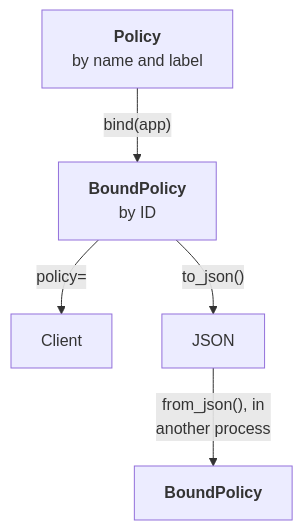
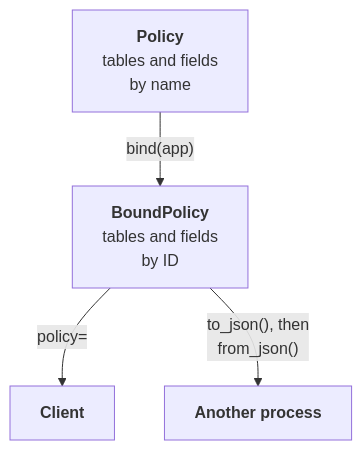
The second of 2 diagrams in docs/policies/index.md (matthew-williams-solutions/pyquickbase), drawn with Mermaid before and after one commit. The commit also changed other lines of this file and 8 other files, not shown here.

First line of the commit message:
Simplify the docs diagrams, and add overviews of how a policy works

````diff
--- a/docs/policies/index.md
+++ b/docs/policies/index.md
@@ -38,7 +47,6 @@
 ```mermaid
 flowchart TD
-    P["<b>Policy</b><br/>by name and label"] -- "bind(app)" --> B["<b>BoundPolicy</b><br/>by ID"]
-    B -- "policy=" --> C[Client]
-    B -- "to_json()" --> J[JSON]
-    J -- "from_json(), in<br/>another process" --> B2["<b>BoundPolicy</b>"]
+    P["<b>Policy</b><br/>tables and fields<br/>by name"] -- "bind(app)" --> B["<b>BoundPolicy</b><br/>tables and fields<br/>by ID"]
+    B -- "policy=" --> C["<b>Client</b>"]
+    B -- "to_json(), then<br/>from_json()" --> O["<b>Another process</b>"]
 ```
````
